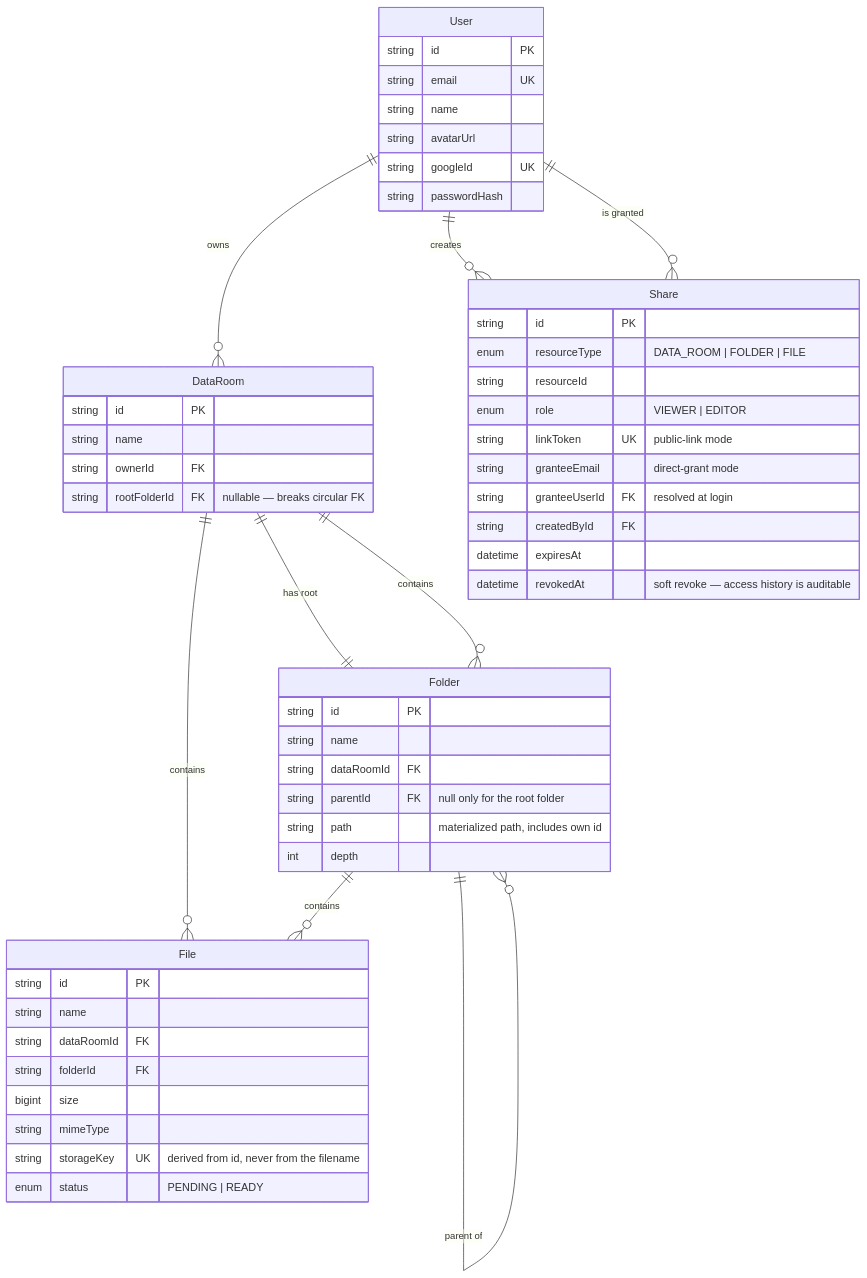
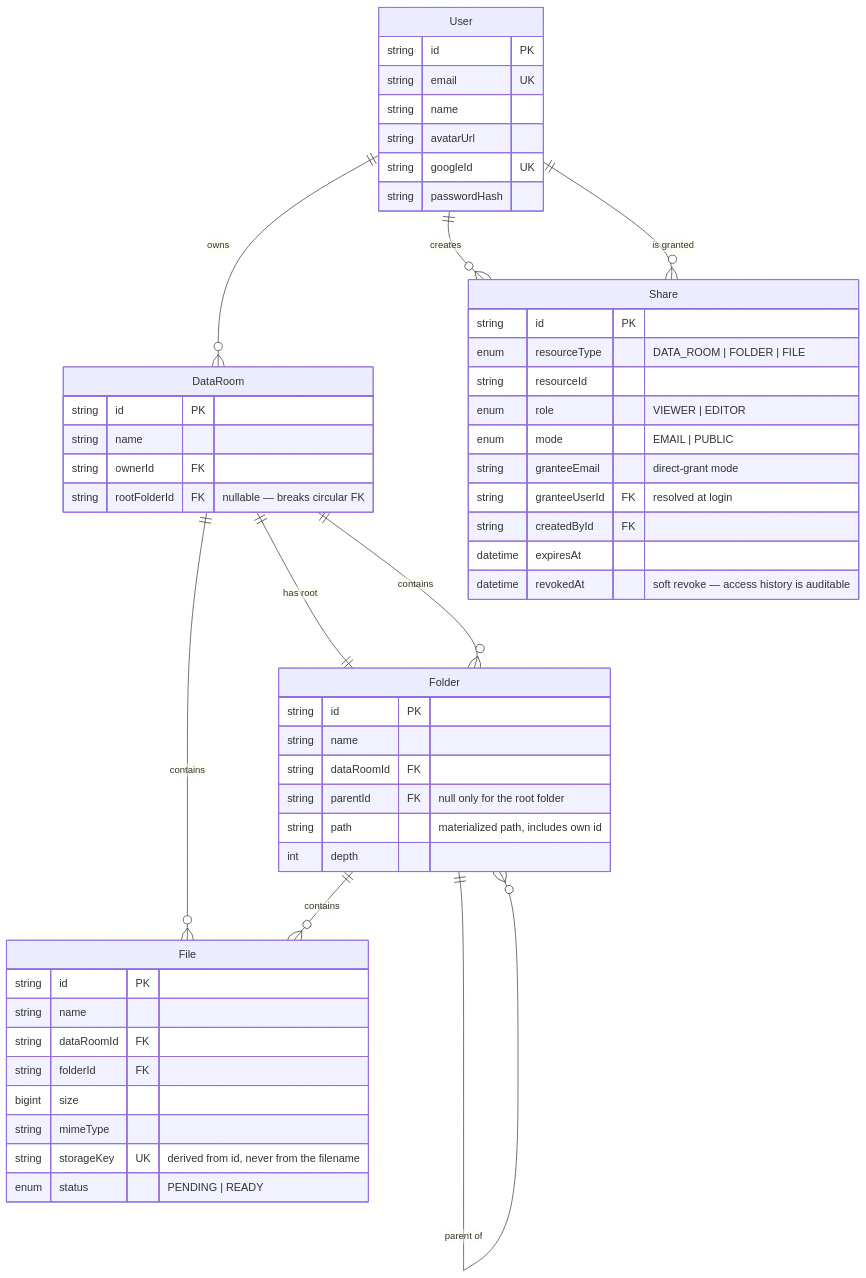
The diagram in README.md (AnToxa566/data-room), drawn with Mermaid before and after one commit. The commit also changed other lines of this file and 27 other files, not shown here.

````diff
--- a/README.md
+++ b/README.md
@@ -322,60 +322,60 @@
 ```mermaid
 erDiagram
     User ||--o{ DataRoom : owns
     User ||--o{ Share : creates
     User ||--o{ Share : "is granted"
     DataRoom ||--|| Folder : "has root"
     DataRoom ||--o{ Folder : contains
     DataRoom ||--o{ File : contains
     Folder ||--o{ Folder : "parent of"
     Folder ||--o{ File : contains
 
     User {
         string id PK
         string email UK
         string name
         string avatarUrl
         string googleId UK
         string passwordHash
     }
 
     DataRoom {
         string id PK
         string name
         string ownerId FK
         string rootFolderId FK "nullable — breaks circular FK"
     }
 
     Folder {
         string id PK
         string name
         string dataRoomId FK
         string parentId FK "null only for the root folder"
         string path "materialized path, includes own id"
         int depth
     }
 
     File {
         string id PK
         string name
         string dataRoomId FK
         string folderId FK
         bigint size
         string mimeType
         string storageKey UK "derived from id, never from the filename"
         enum status "PENDING | READY"
     }
 
     Share {
         string id PK
         enum resourceType "DATA_ROOM | FOLDER | FILE"
         string resourceId
         enum role "VIEWER | EDITOR"
-        string linkToken UK "public-link mode"
+        enum mode "EMAIL | PUBLIC"
         string granteeEmail "direct-grant mode"
         string granteeUserId FK "resolved at login"
         string createdById FK
         datetime expiresAt
         datetime revokedAt "soft revoke — access history is auditable"
     }
 ```
````
